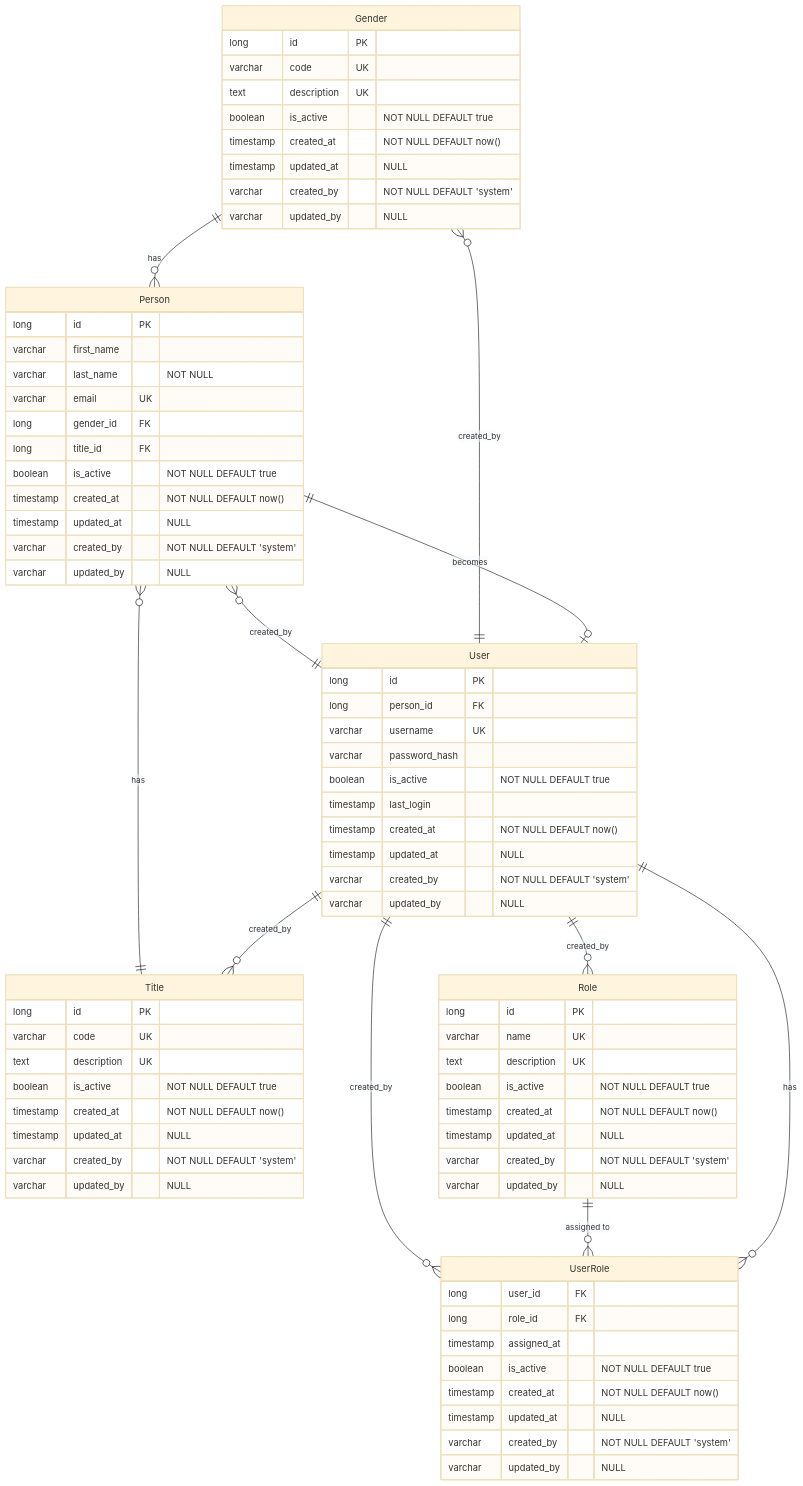
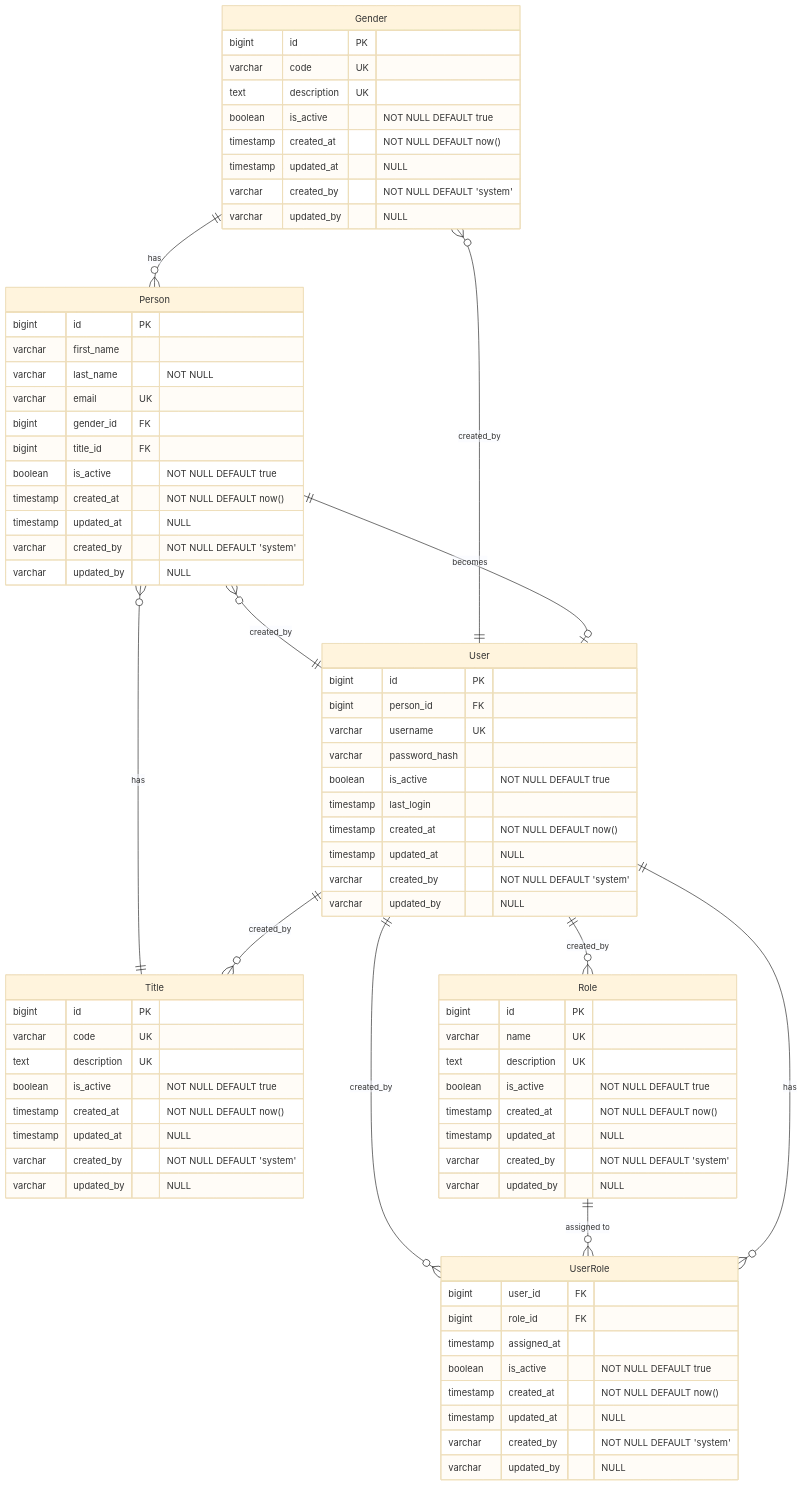
The diagram in CLAUDE.md (GeraldScott/rescaffold), drawn with Mermaid (base theme) before and after one commit.

Commit message:
Revert UUID to bigint

````diff
--- a/CLAUDE.md
+++ b/CLAUDE.md
@@ -104,7 +104,7 @@
 ```mermaid
 erDiagram
     Gender {
-        long id PK
+        bigint id PK
         varchar code UK
         text description UK
         boolean is_active "NOT NULL DEFAULT true"
@@ -115,7 +115,7 @@
     }
     
     Title {
-        long id PK
+        bigint id PK
         varchar code UK
         text description UK
         boolean is_active "NOT NULL DEFAULT true"
@@ -126,12 +126,12 @@
     }
     
     Person {
-        long id PK
+        bigint id PK
         varchar first_name
         varchar last_name "NOT NULL"
         varchar email UK
-        long gender_id FK
-        long title_id FK
+        bigint gender_id FK
+        bigint title_id FK
         boolean is_active "NOT NULL DEFAULT true"
         timestamp created_at "NOT NULL DEFAULT now()"
         timestamp updated_at "NULL"
@@ -140,8 +140,8 @@
     }
     
     User {
-        long id PK
-        long person_id FK
+        bigint id PK
+        bigint person_id FK
         varchar username UK
         varchar password_hash
         boolean is_active "NOT NULL DEFAULT true"
@@ -153,7 +153,7 @@
     }
     
     Role {
-        long id PK
+        bigint id PK
         varchar name UK
         text description UK
         boolean is_active "NOT NULL DEFAULT true"
@@ -164,8 +164,8 @@
     }
     
     UserRole {
-        long user_id FK
-        long role_id FK
+        bigint user_id FK
+        bigint role_id FK
         timestamp assigned_at
         boolean is_active "NOT NULL DEFAULT true"
         timestamp created_at "NOT NULL DEFAULT now()"
````
